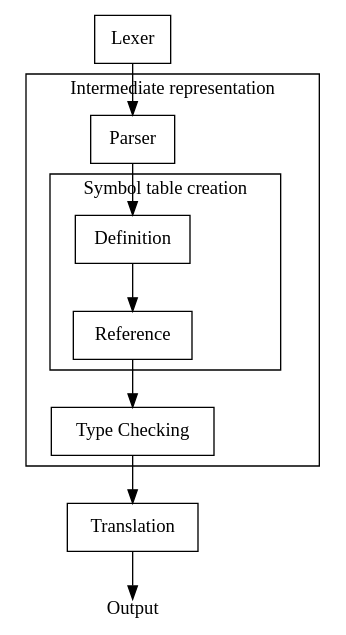
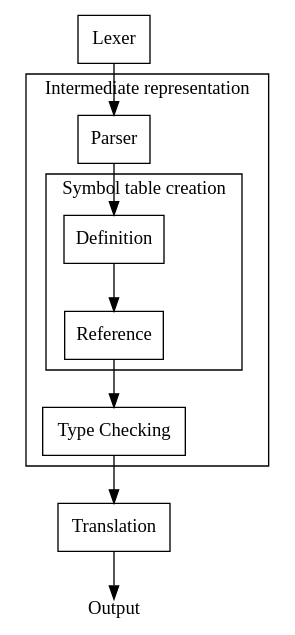
One commit to rubenbaer/ooplss changed the diagram in doc/dot/compilerDesign.dot. Above: the diagram before and after it, drawn with Graphviz. The commit also changed 5 other files, not shown here.

```diff
--- a/doc/dot/compilerDesign.dot
+++ b/doc/dot/compilerDesign.dot
@@ -1,22 +1,24 @@
 digraph CompilerDesign {
 	rankdir = TB
-	A [shape=box,label=Lexer]
-	B [shape=box,label=Parser]
-	C [shape=box,label=Definition]
-	D [shape=box,label=Reference]
-	E [shape=box,label="Type Checking"]
-	F [shape=box,label=Translation]
-	G [shape=plain,label=Output]
+	A [fontname=LMRoman10,shape=box,label=Lexer]
+	B [fontname=LMRoman10,shape=box,label=Parser]
+	C [fontname=LMRoman10,shape=box,label=Definition]
+	D [fontname=LMRoman10,shape=box,label=Reference]
+	E [fontname=LMRoman10,shape=box,label="Type Checking"]
+	F [fontname=LMRoman10,shape=box,label=Translation]
+	G [fontname=LMRoman10,shape=plain,label=Output]
 	A -> B
 	subgraph cluster0 {
 		label = "Intermediate representation"
+		fontname=LMRoman10
 		B -> C
 		subgraph cluster1 {
+			fontname=LMRoman10
 			label = "Symbol table creation"
 			C -> D
 		}
 		D -> E
 	}
 	E -> F
 	F -> G
 }
```
